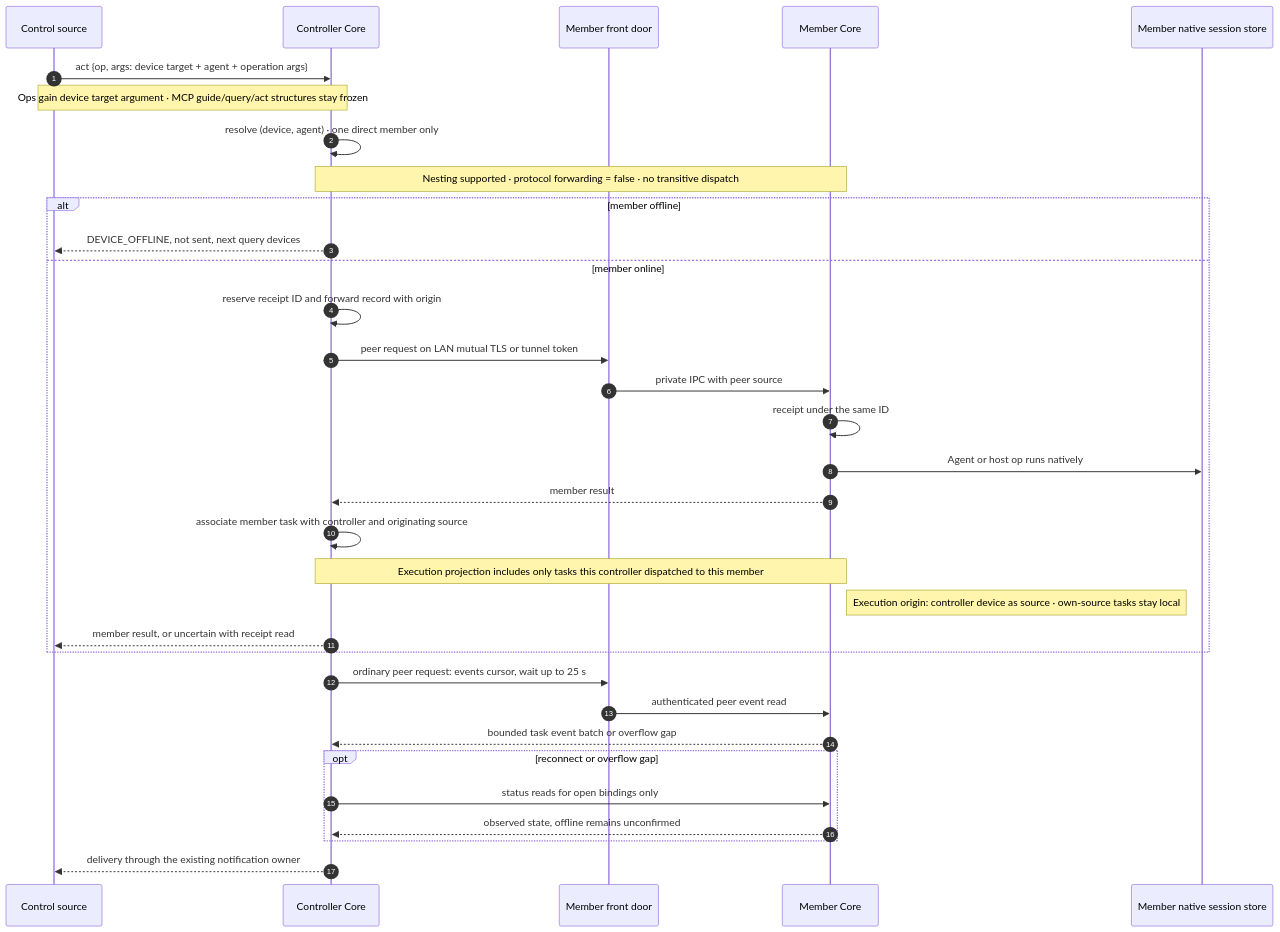
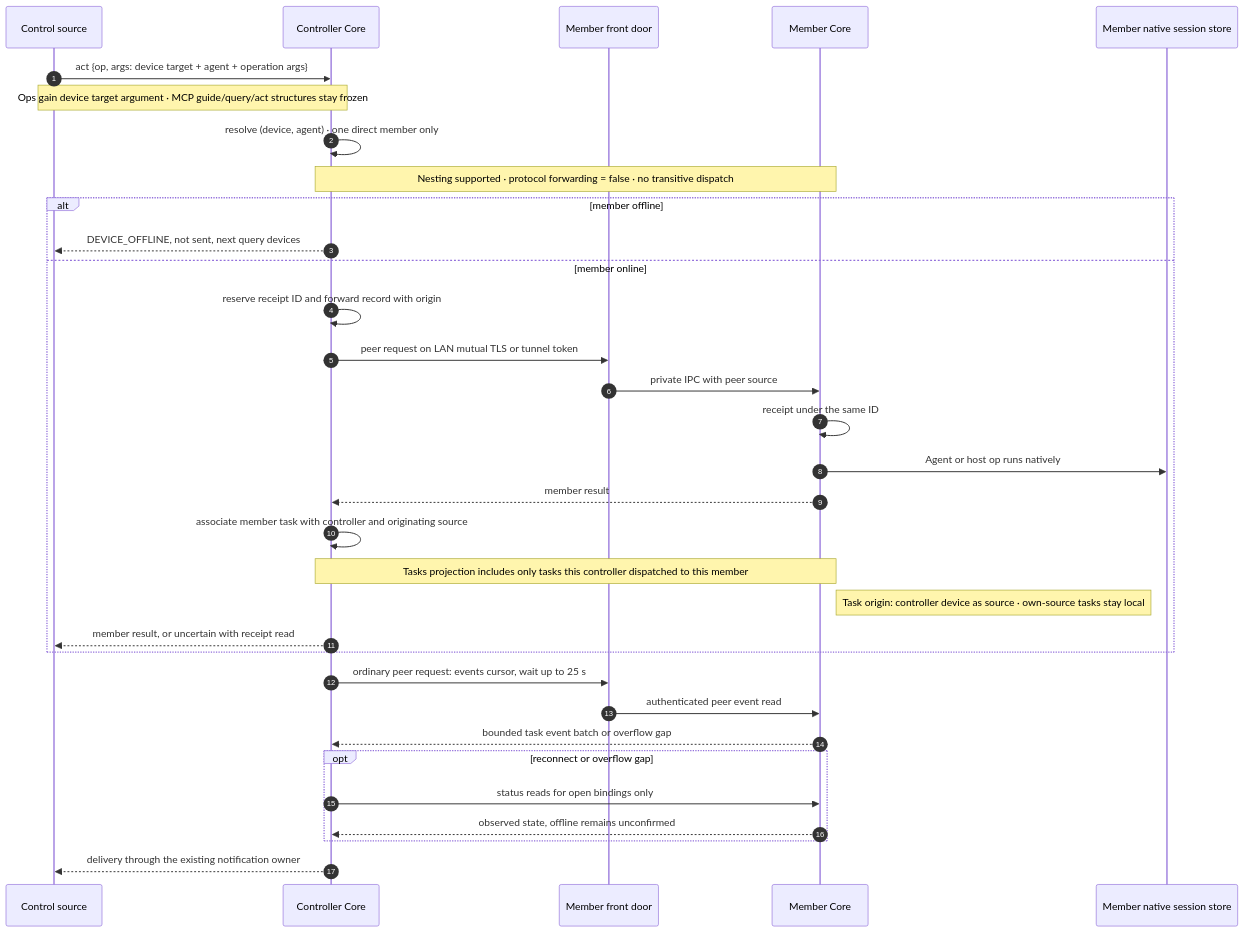
Before and after one commit to whzxc/agent-remote-control: the diagram in arch/mechanisms/device-forward.mmd, drawn with Mermaid. The commit also changed 19 other files, not shown here.

Commit message:
docs(design): rename Tasks mode and propose node task pills

```diff
--- a/arch/mechanisms/device-forward.mmd
+++ b/arch/mechanisms/device-forward.mmd
@@ -1,35 +1,35 @@
 %% Device forward (layer 2): one control-source write forwarded from the controller to a member.
 %% Index and code mapping: docs/dev/arch-assets.md
 sequenceDiagram
   autonumber
   participant S as Control source
   participant C as Controller Core
   participant M as Member front door
   participant R as Member Core
   participant N as Member native session store
   S->>C: act {op, args: device target + agent + operation args}
   Note over S,C: Ops gain device target argument · MCP guide/query/act structures stay frozen
   C->>C: resolve (device, agent) · one direct member only
   Note over C,R: Nesting supported · protocol forwarding = false · no transitive dispatch
   alt member offline
     C-->>S: DEVICE_OFFLINE, not sent, next query devices
   else member online
     C->>C: reserve receipt ID and forward record with origin
     C->>M: peer request on LAN mutual TLS or tunnel token
     M->>R: private IPC with peer source
     R->>R: receipt under the same ID
     R->>N: Agent or host op runs natively
     R-->>C: member result
     C->>C: associate member task with controller and originating source
-    Note over C,R: Execution projection includes only tasks this controller dispatched to this member
-    Note right of R: Execution origin: controller device as source · own-source tasks stay local
+    Note over C,R: Tasks projection includes only tasks this controller dispatched to this member
+    Note right of R: Task origin: controller device as source · own-source tasks stay local
     C-->>S: member result, or uncertain with receipt read
   end
   C->>M: ordinary peer request: events cursor, wait up to 25 s
   M->>R: authenticated peer event read
   R-->>C: bounded task event batch or overflow gap
   opt reconnect or overflow gap
     C->>R: status reads for open bindings only
     R-->>C: observed state, offline remains unconfirmed
   end
   C-->>S: delivery through the existing notification owner
```
